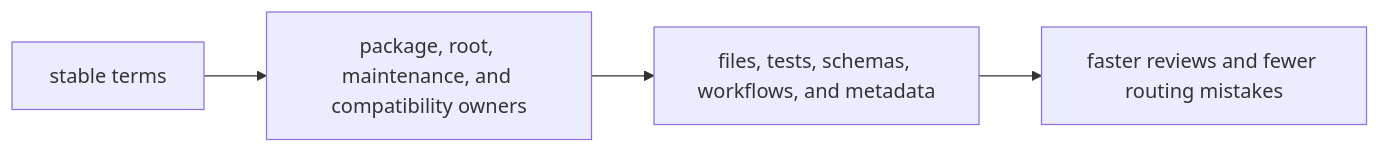
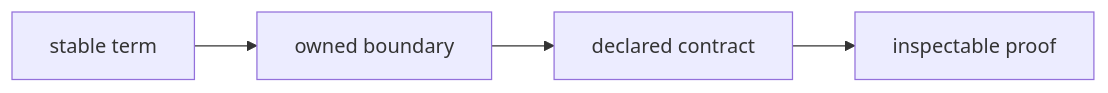
The first of 2 diagrams in docs/01-bijux-canon/foundation/domain-language.md (bijux/bijux-canon), drawn with Mermaid before and after one commit. The commit also changed other lines of this file and 1 other file, not shown here.

Commit message:
docs(canon): define stable language and reader routes

````diff
--- a/docs/01-bijux-canon/foundation/domain-language.md
+++ b/docs/01-bijux-canon/foundation/domain-language.md
@@ -21,9 +19,9 @@
 ```mermaid
 flowchart LR
-    terms["stable terms"]
-    owners["package, root, maintenance, and compatibility owners"]
-    proof["files, tests, schemas, workflows, and metadata"]
-    reviews["faster reviews and fewer routing mistakes"]
+    term["stable term"]
+    boundary["owned boundary"]
+    contract["declared contract"]
+    proof["inspectable proof"]
 
-    terms --> owners --> proof --> reviews
+    term --> boundary --> contract --> proof
 ```
````
